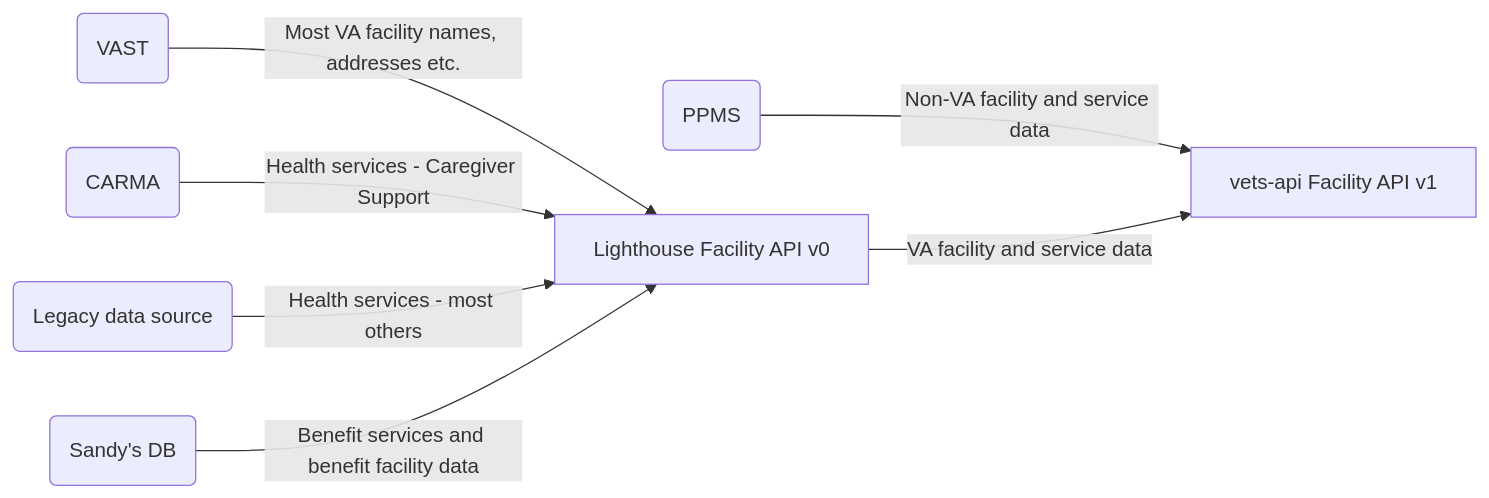
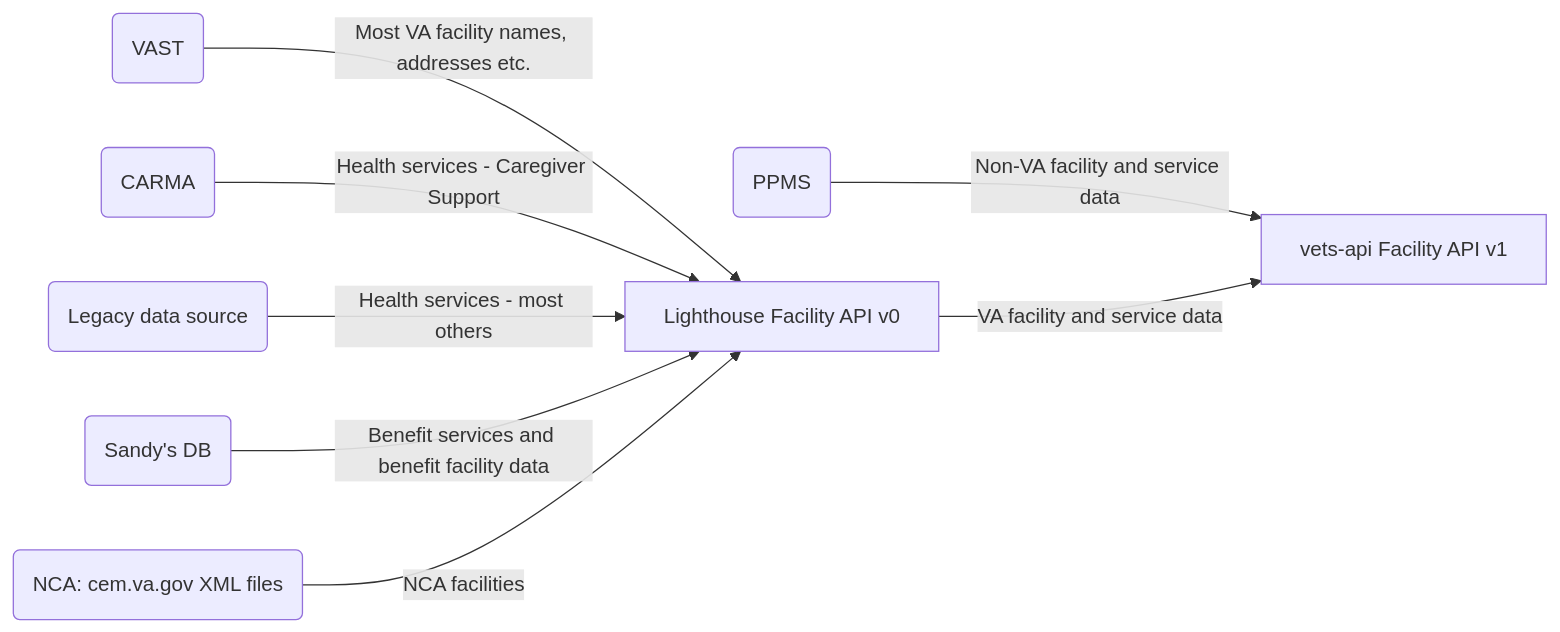
One commit to department-of-veterans-affairs/va.gov-team changed the first of 2 diagrams in products/facilities/facilities-api/README.md. Above: the diagram before and after it, drawn with Mermaid. The commit also changed other lines of this file, not shown here.

````diff
--- a/products/facilities/facilities-api/README.md
+++ b/products/facilities/facilities-api/README.md
@@ -19,11 +19,12 @@
 ```mermaid
 flowchart LR
     O(VAST) -->|Most VA facility names, addresses etc.| V
     P(CARMA) --> |Health services - Caregiver Support| V
     R(Legacy data source) -->|Health services - most others| V
     S(Sandy's DB)-->|Benefit services and benefit facility data| V
+    T(NCA: cem.va.gov XML files) --> |NCA facilities | V
     U(PPMS) -->|Non-VA facility and service data| X
     V[Lighthouse Facility API v0] -->|VA facility and service data| X
     X[vets-api Facility API v1]
 
 ```
````
